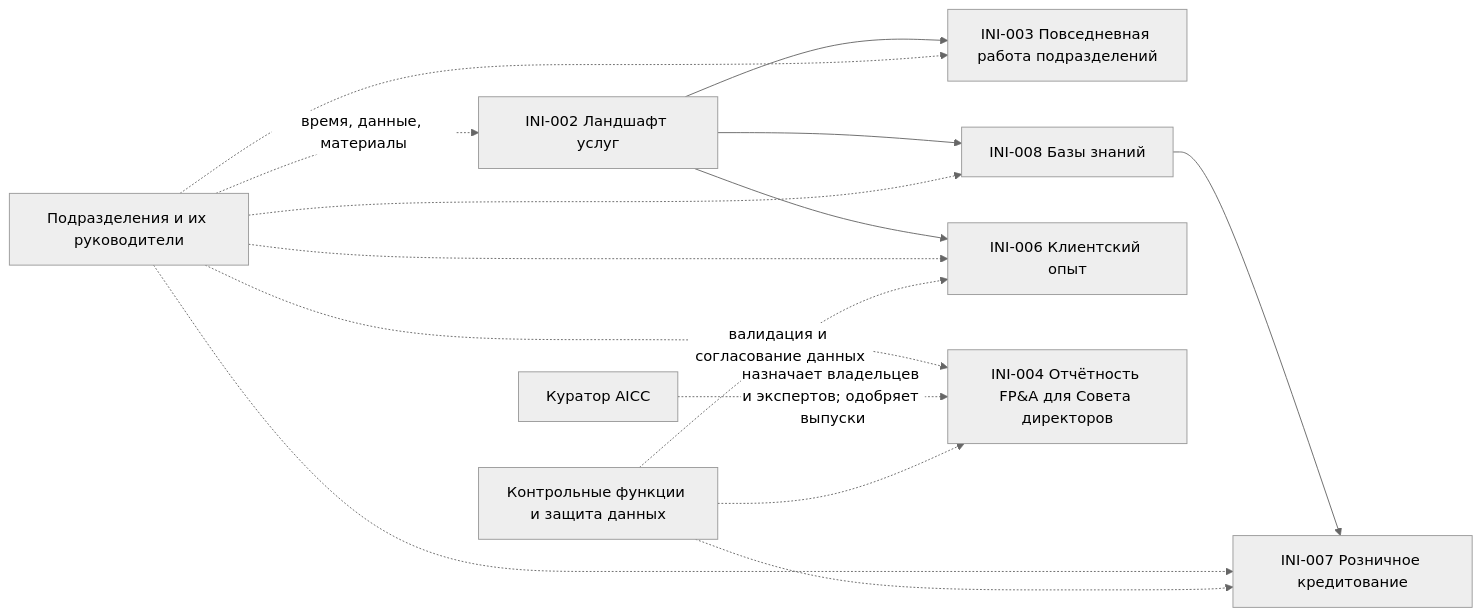
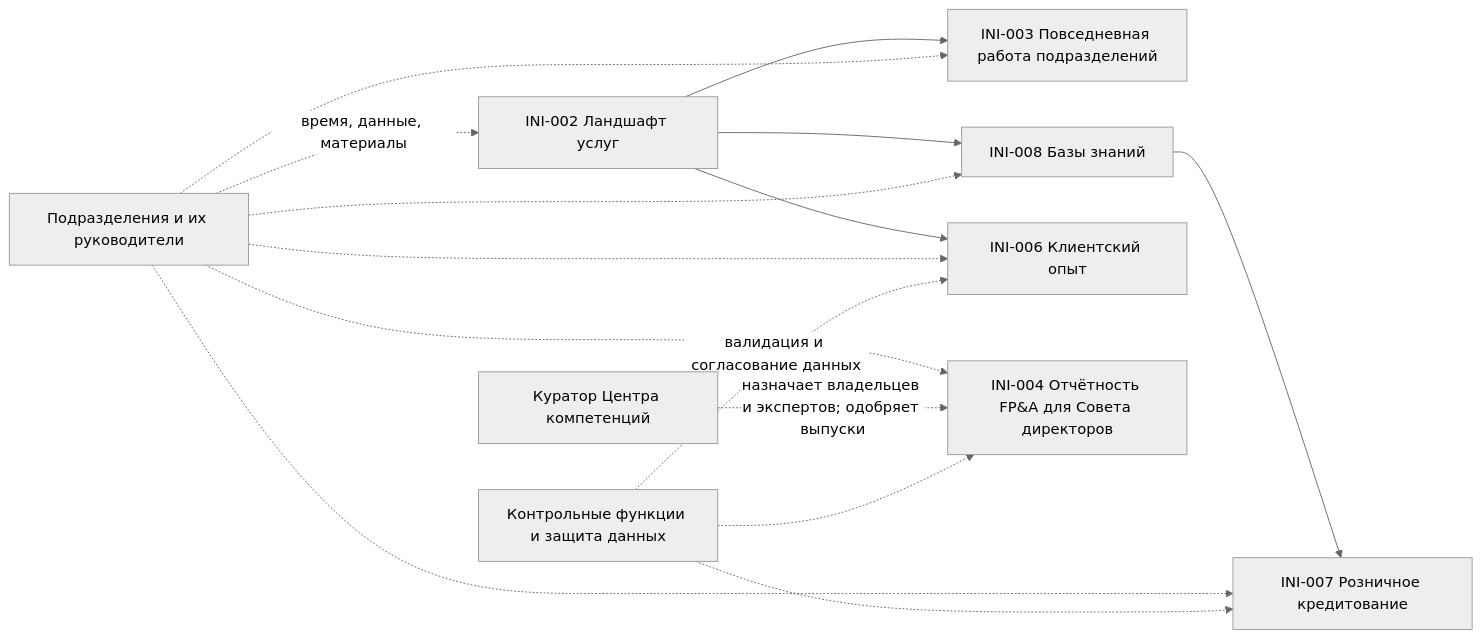
The diagram in portfolio/ru/dependencies.md (devhogu/ob-aicc), drawn with Mermaid (neutral theme) before and after one commit. The commit also changed other lines of this file and 1149 other files, not shown here.

````diff
--- a/portfolio/ru/dependencies.md
+++ b/portfolio/ru/dependencies.md
@@ -75,17 +75,17 @@
 ```mermaid
 flowchart LR
   INI002[INI-002 Ландшафт услуг] --> INI003[INI-003 Повседневная работа подразделений]
   INI002 --> INI008[INI-008 Базы знаний]
   INI002 --> INI006[INI-006 Клиентский опыт]
   INI008 --> INI007[INI-007 Розничное кредитование]
   FN[Подразделения и их руководители] -.время, данные, материалы.-> INI002
   FN -.-> INI003
   FN -.-> INI004[INI-004 Отчётность FP&A для Совета директоров]
   FN -.-> INI006
   FN -.-> INI007
   FN -.-> INI008
-  ES[Куратор AICC] -.назначает владельцев и экспертов; одобряет выпуски.-> INI004
+  ES[Куратор Центра компетенций] -.назначает владельцев и экспертов; одобряет выпуски.-> INI004
   CF[Контрольные функции и защита данных] -.валидация и согласование данных.-> INI006
   CF -.-> INI007
   CF -.-> INI004
 ```
````
